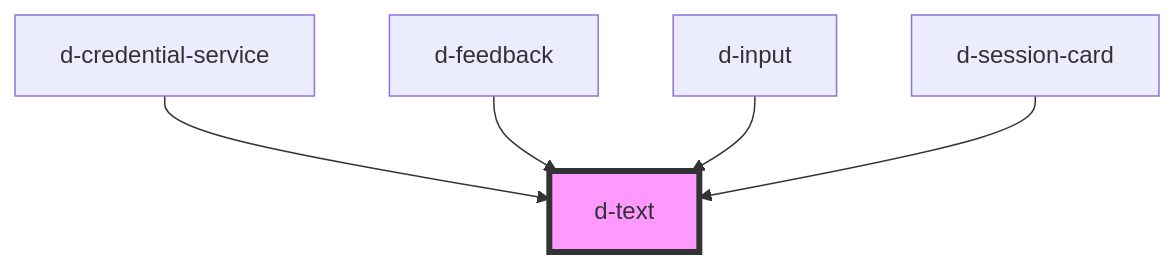
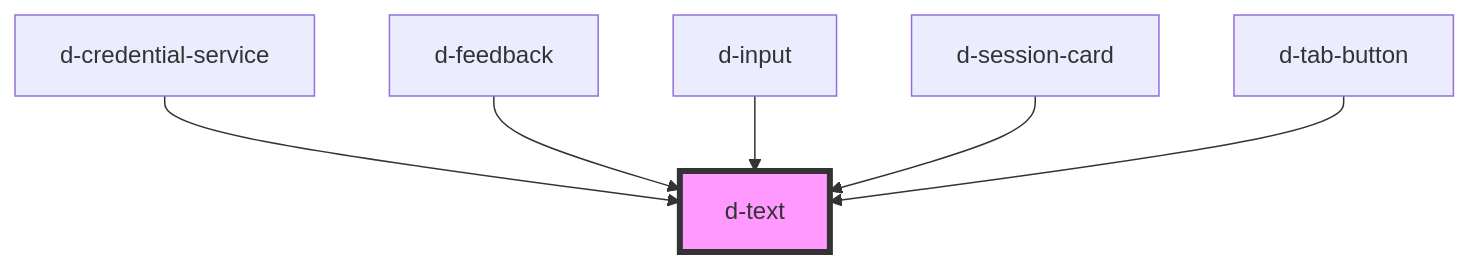
One commit to ForkbombEu/didroom-components changed the diagram in src/components/text/readme.md. Above: the diagram before and after it, drawn with Mermaid. The commit also changed other lines of this file and 7 other files, not shown here.

Commit message:
feat: tab button

````diff
--- a/src/components/text/readme.md
+++ b/src/components/text/readme.md
@@ -26,8 +27,9 @@
 ```mermaid
 graph TD;
   d-credential-service --> d-text
   d-feedback --> d-text
   d-input --> d-text
   d-session-card --> d-text
+  d-tab-button --> d-text
   style d-text fill:#f9f,stroke:#333,stroke-width:4px
 ```
````
